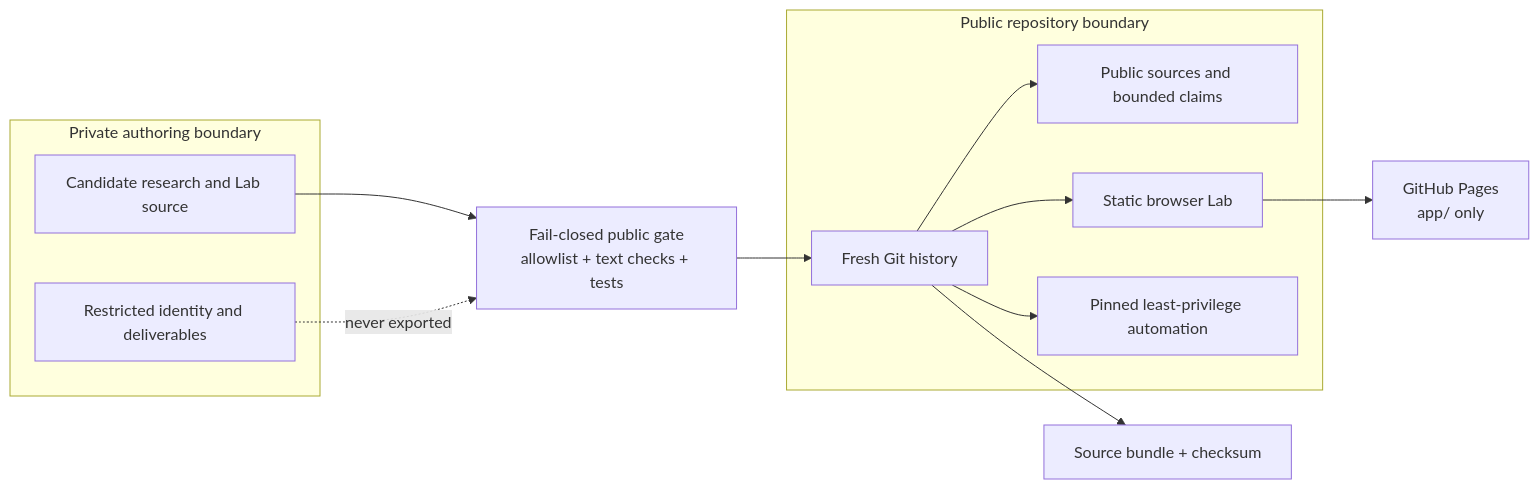
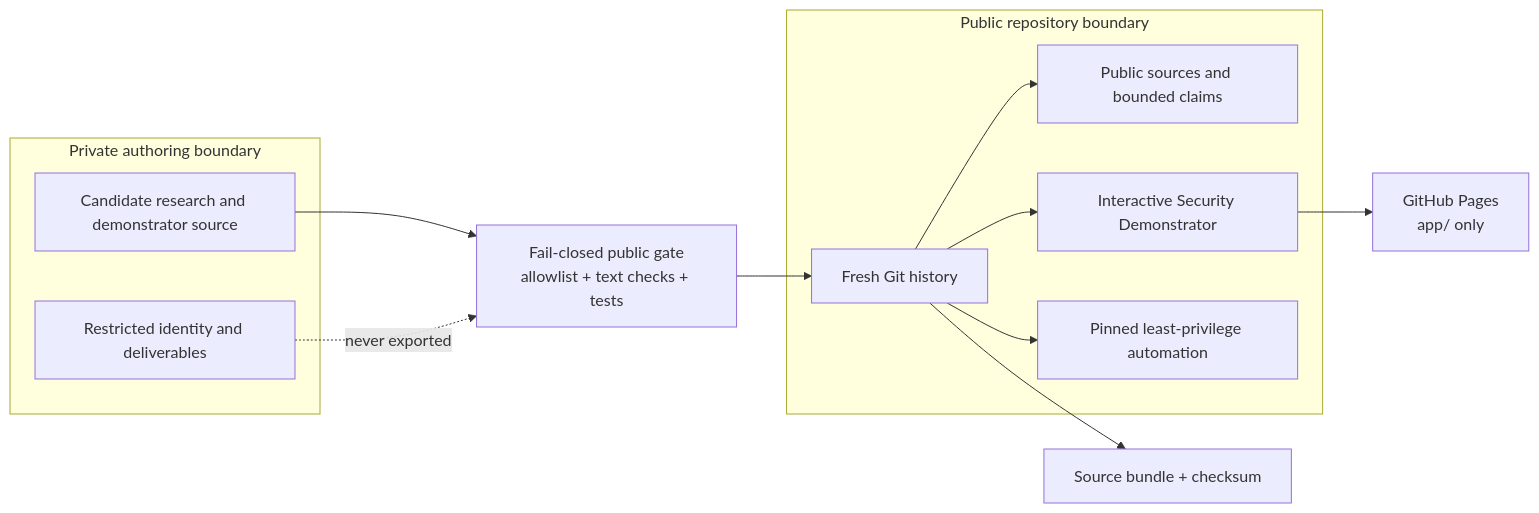
The first of 2 diagrams in docs/security-architecture.md (Alierkn/vanguard-trust-lab), drawn with Mermaid before and after one commit. The commit also changed other lines of this file and 49 other files, not shown here.

````diff
--- a/docs/security-architecture.md
+++ b/docs/security-architecture.md
@@ -9,28 +9,28 @@
 ```mermaid
 flowchart LR
     subgraph private["Private authoring boundary"]
       restricted["Restricted identity and deliverables"]
-      source["Candidate research and Lab source"]
+      source["Candidate research and demonstrator source"]
     end
 
     gate["Fail-closed public gate\nallowlist + text checks + tests"]
 
     subgraph public["Public repository boundary"]
       git["Fresh Git history"]
       research["Public sources and bounded claims"]
-      app["Static browser Lab"]
+      app["Interactive Security Demonstrator"]
       automation["Pinned least-privilege automation"]
     end
 
     pages["GitHub Pages\napp/ only"]
     releases["Source bundle + checksum"]
 
     source --> gate
     restricted -. "never exported" .-> gate
     gate --> git
     git --> research
     git --> app
     git --> automation
     app --> pages
     git --> releases
 ```
````
